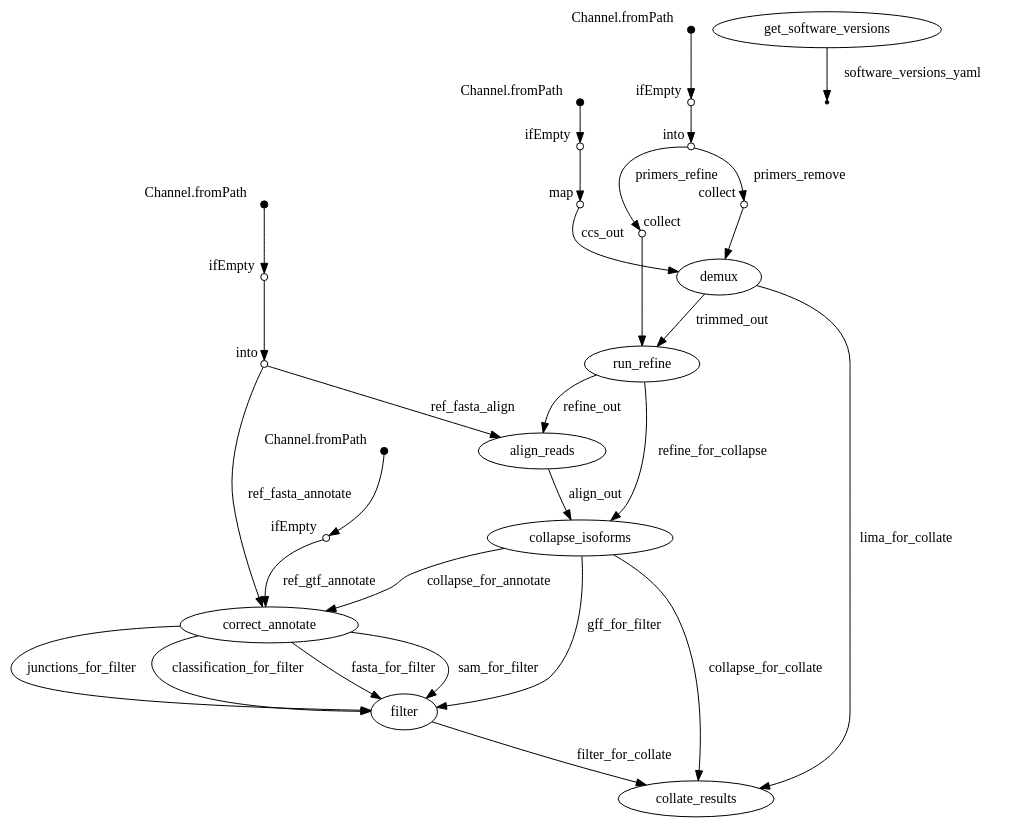
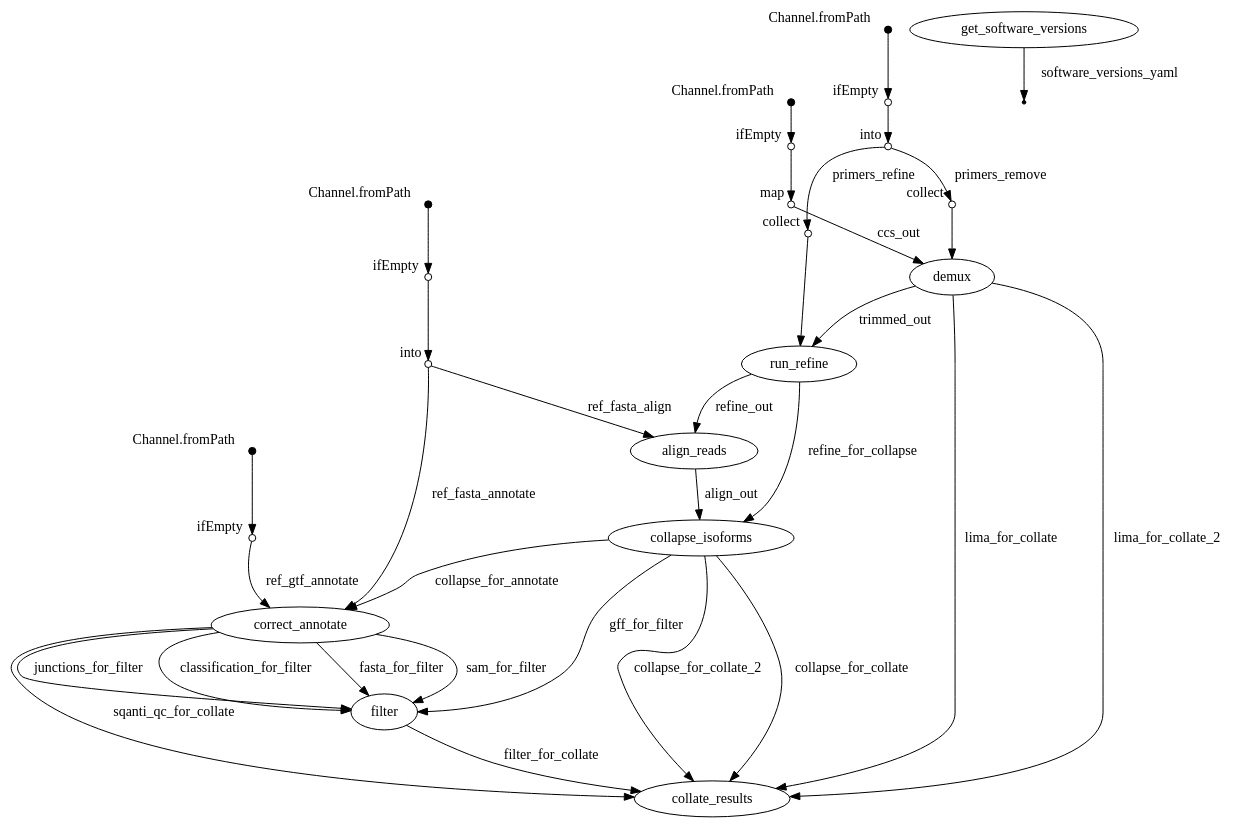
Before and after one commit to gmstanle/nf-core-scisoseq: the diagram in pipeline_dag.dot, drawn with Graphviz. The commit also changed 2 other files, not shown here.

Commit message:
WIP: outputting non-SQANTI-filtered isoform counts

```diff
--- a/pipeline_dag.dot
+++ b/pipeline_dag.dot
@@ -1,118 +1,130 @@
 digraph "pipeline_dag" {
 p0 [shape=point,label="",fixedsize=true,width=0.1,xlabel="Channel.fromPath"];
 p1 [shape=circle,label="",fixedsize=true,width=0.1,xlabel="ifEmpty"];
 p0 -> p1;
 
 p1 [shape=circle,label="",fixedsize=true,width=0.1,xlabel="ifEmpty"];
 p2 [shape=circle,label="",fixedsize=true,width=0.1,xlabel="map"];
 p1 -> p2;
 
 p2 [shape=circle,label="",fixedsize=true,width=0.1,xlabel="map"];
 p14 [label="demux"];
 p2 -> p14 [label="ccs_out"];
 
 p3 [shape=point,label="",fixedsize=true,width=0.1,xlabel="Channel.fromPath"];
 p4 [shape=circle,label="",fixedsize=true,width=0.1,xlabel="ifEmpty"];
 p3 -> p4;
 
 p4 [shape=circle,label="",fixedsize=true,width=0.1,xlabel="ifEmpty"];
 p5 [shape=circle,label="",fixedsize=true,width=0.1,xlabel="into"];
 p4 -> p5;
 
 p5 [shape=circle,label="",fixedsize=true,width=0.1,xlabel="into"];
 p13 [shape=circle,label="",fixedsize=true,width=0.1,xlabel="collect"];
 p5 -> p13 [label="primers_remove"];
 
 p5 [shape=circle,label="",fixedsize=true,width=0.1,xlabel="into"];
 p15 [shape=circle,label="",fixedsize=true,width=0.1,xlabel="collect"];
 p5 -> p15 [label="primers_refine"];
 
 p6 [shape=point,label="",fixedsize=true,width=0.1,xlabel="Channel.fromPath"];
 p7 [shape=circle,label="",fixedsize=true,width=0.1,xlabel="ifEmpty"];
 p6 -> p7;
 
 p7 [shape=circle,label="",fixedsize=true,width=0.1,xlabel="ifEmpty"];
 p8 [shape=circle,label="",fixedsize=true,width=0.1,xlabel="into"];
 p7 -> p8;
 
 p8 [shape=circle,label="",fixedsize=true,width=0.1,xlabel="into"];
+p17 [label="align_reads"];
+p8 -> p17 [label="ref_fasta_align"];
+
+p8 [shape=circle,label="",fixedsize=true,width=0.1,xlabel="into"];
 p19 [label="correct_annotate"];
 p8 -> p19 [label="ref_fasta_annotate"];
-
-p8 [shape=circle,label="",fixedsize=true,width=0.1,xlabel="into"];
-p17 [label="align_reads"];
-p8 -> p17 [label="ref_fasta_align"];
 
 p9 [shape=point,label="",fixedsize=true,width=0.1,xlabel="Channel.fromPath"];
 p10 [shape=circle,label="",fixedsize=true,width=0.1,xlabel="ifEmpty"];
 p9 -> p10;
 
 p10 [shape=circle,label="",fixedsize=true,width=0.1,xlabel="ifEmpty"];
 p19 [label="correct_annotate"];
 p10 -> p19 [label="ref_gtf_annotate"];
 
 p11 [label="get_software_versions"];
 p12 [shape=point];
 p11 -> p12 [label="software_versions_yaml"];
 
 p13 [shape=circle,label="",fixedsize=true,width=0.1,xlabel="collect"];
 p14 [label="demux"];
 p13 -> p14;
 
 p14 [label="demux"];
 p16 [label="run_refine"];
 p14 -> p16 [label="trimmed_out"];
 
 p14 [label="demux"];
 p21 [label="collate_results"];
 p14 -> p21 [label="lima_for_collate"];
+
+p14 [label="demux"];
+p21 [label="collate_results"];
+p14 -> p21 [label="lima_for_collate_2"];
 
 p15 [shape=circle,label="",fixedsize=true,width=0.1,xlabel="collect"];
 p16 [label="run_refine"];
 p15 -> p16;
 
 p16 [label="run_refine"];
 p17 [label="align_reads"];
 p16 -> p17 [label="refine_out"];
 
 p16 [label="run_refine"];
 p18 [label="collapse_isoforms"];
 p16 -> p18 [label="refine_for_collapse"];
 
 p17 [label="align_reads"];
 p18 [label="collapse_isoforms"];
 p17 -> p18 [label="align_out"];
 
 p18 [label="collapse_isoforms"];
 p19 [label="correct_annotate"];
 p18 -> p19 [label="collapse_for_annotate"];
 
 p18 [label="collapse_isoforms"];
 p20 [label="filter"];
 p18 -> p20 [label="gff_for_filter"];
 
 p18 [label="collapse_isoforms"];
 p21 [label="collate_results"];
 p18 -> p21 [label="collapse_for_collate"];
 
+p18 [label="collapse_isoforms"];
+p21 [label="collate_results"];
+p18 -> p21 [label="collapse_for_collate_2"];
+
 p19 [label="correct_annotate"];
 p20 [label="filter"];
 p19 -> p20 [label="classification_for_filter"];
 
 p19 [label="correct_annotate"];
 p20 [label="filter"];
 p19 -> p20 [label="fasta_for_filter"];
 
 p19 [label="correct_annotate"];
 p20 [label="filter"];
 p19 -> p20 [label="sam_for_filter"];
 
 p19 [label="correct_annotate"];
 p20 [label="filter"];
 p19 -> p20 [label="junctions_for_filter"];
 
+p19 [label="correct_annotate"];
+p21 [label="collate_results"];
+p19 -> p21 [label="sqanti_qc_for_collate"];
+
 p20 [label="filter"];
 p21 [label="collate_results"];
 p20 -> p21 [label="filter_for_collate"];
 
 }
```
